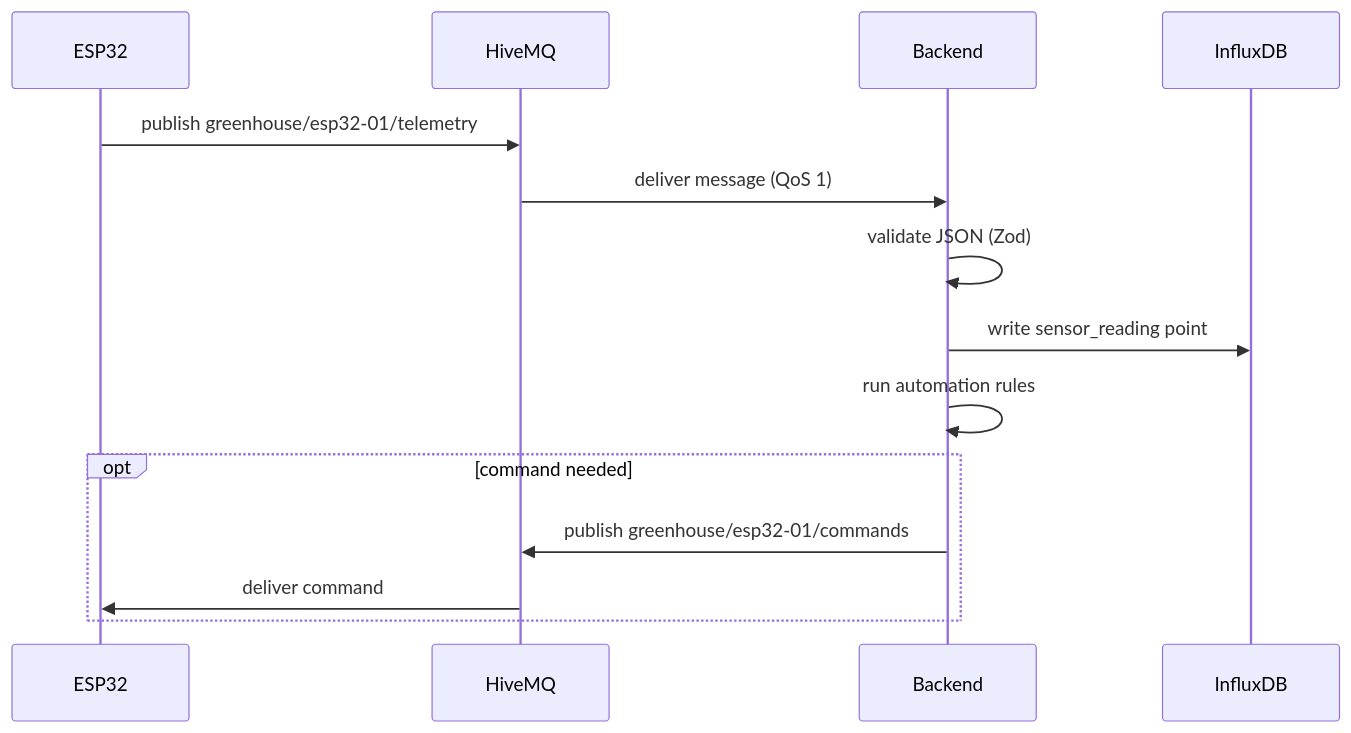
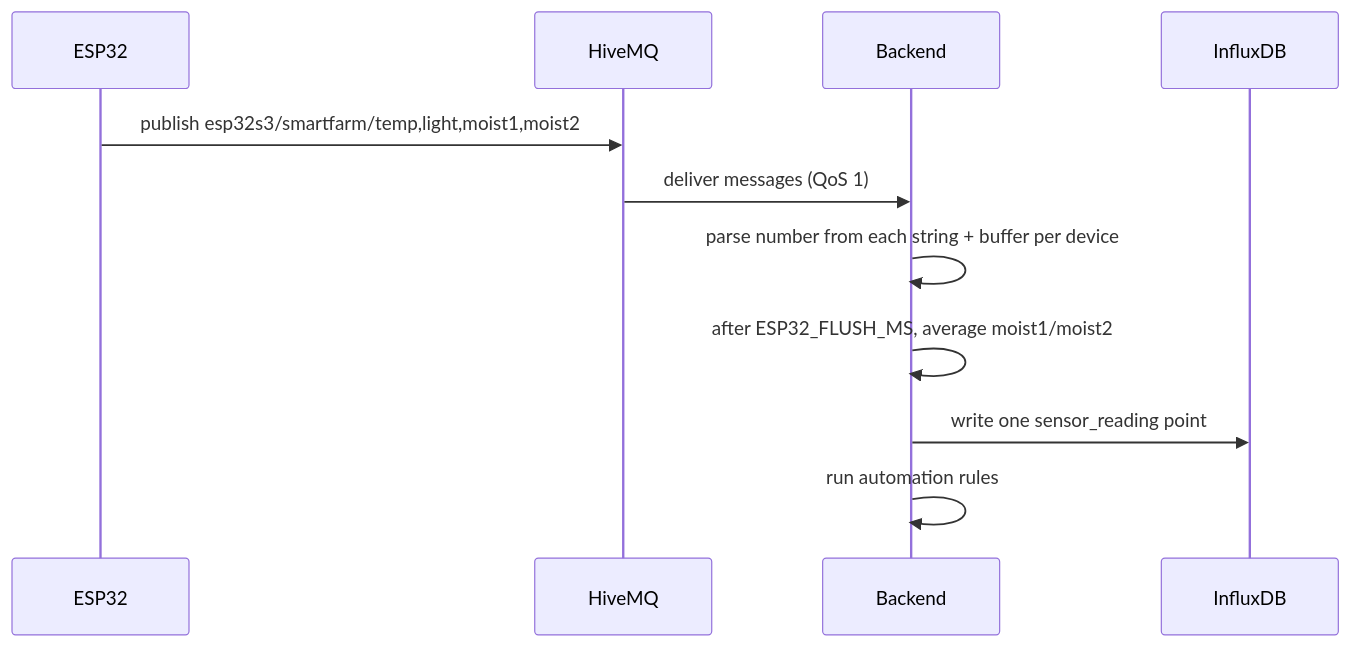
One commit to sonusaji09-himmel/smart-greenhouse-backend changed the second of 5 diagrams in ARCHITECTURE.md. Above: the diagram before and after it, drawn with Mermaid. The commit also changed other lines of this file and 17 other files, not shown here.

````diff
--- a/ARCHITECTURE.md
+++ b/ARCHITECTURE.md
@@ -144,17 +135,14 @@
 ```mermaid
 sequenceDiagram
   participant ESP32
   participant HiveMQ
   participant Backend
   participant InfluxDB
 
-  ESP32->>HiveMQ: publish greenhouse/esp32-01/telemetry
-  HiveMQ->>Backend: deliver message (QoS 1)
-  Backend->>Backend: validate JSON (Zod)
-  Backend->>InfluxDB: write sensor_reading point
+  ESP32->>HiveMQ: publish esp32s3/smartfarm/temp,light,moist1,moist2
+  HiveMQ->>Backend: deliver messages (QoS 1)
+  Backend->>Backend: parse number from each string + buffer per device
+  Backend->>Backend: after ESP32_FLUSH_MS, average moist1/moist2
+  Backend->>InfluxDB: write one sensor_reading point
   Backend->>Backend: run automation rules
-  opt command needed
-    Backend->>HiveMQ: publish greenhouse/esp32-01/commands
-    HiveMQ->>ESP32: deliver command
-  end
 ```
````
